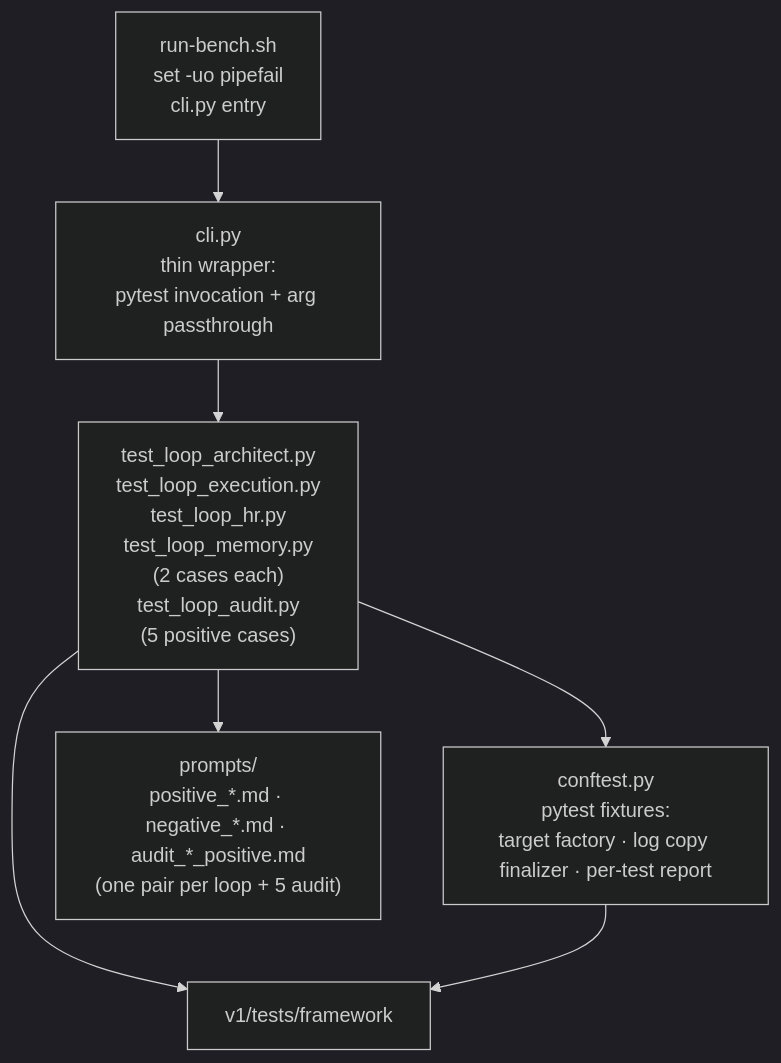
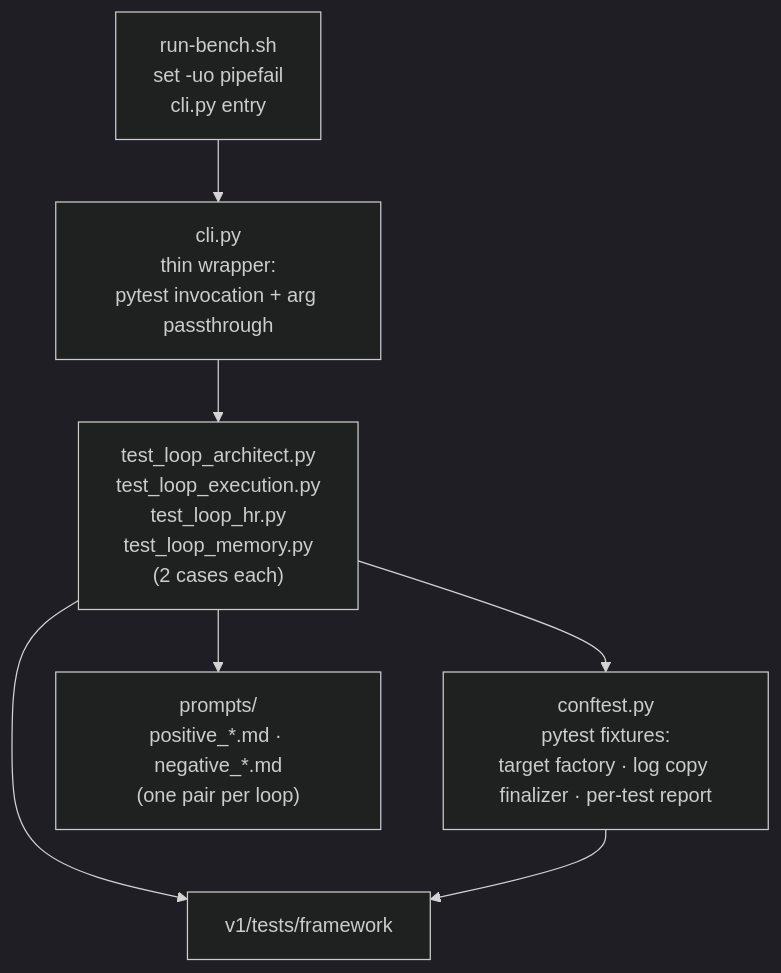
Before and after one commit to nan023062/agent-team-cc: the second of 2 diagrams in v1/tests/workflow/.dna/module.md, drawn with Mermaid (dark theme). The commit also changed other lines of this file and 21 other files, not shown here.

````diff
--- a/v1/tests/workflow/.dna/module.md
+++ b/v1/tests/workflow/.dna/module.md
@@ -59,16 +56,16 @@
 ```mermaid
 graph TD
     conftest["conftest.py<br/>pytest fixtures:<br/>target factory · log copy finalizer · per-test report"]
     cli["cli.py<br/>thin wrapper:<br/>pytest invocation + arg passthrough"]
     runbench["run-bench.sh<br/>set -uo pipefail<br/>cli.py entry"]
-    prompts["prompts/<br/>positive_*.md · negative_*.md · audit_*_positive.md<br/>(one pair per loop + 5 audit)"]
-    tests["test_loop_architect.py<br/>test_loop_execution.py<br/>test_loop_hr.py<br/>test_loop_memory.py<br/>(2 cases each)<br/>test_loop_audit.py<br/>(5 positive cases)"]
+    prompts["prompts/<br/>positive_*.md · negative_*.md<br/>(one pair per loop)"]
+    tests["test_loop_architect.py<br/>test_loop_execution.py<br/>test_loop_hr.py<br/>test_loop_memory.py<br/>(2 cases each)"]
     framework["v1/tests/framework"]
 
     tests --> conftest
     tests --> prompts
     tests --> framework
     conftest --> framework
     cli --> tests
     runbench --> cli
 ```
````
